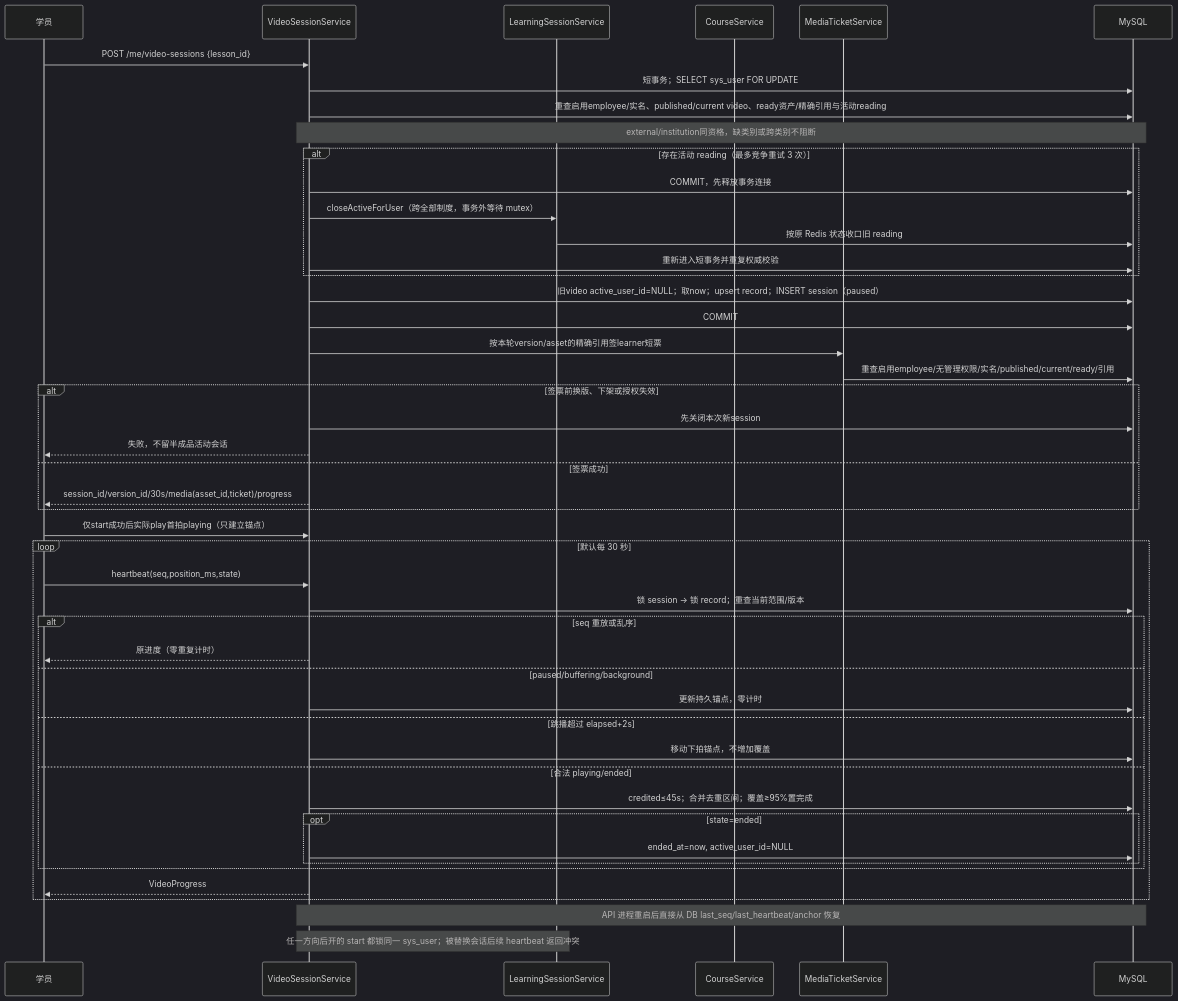
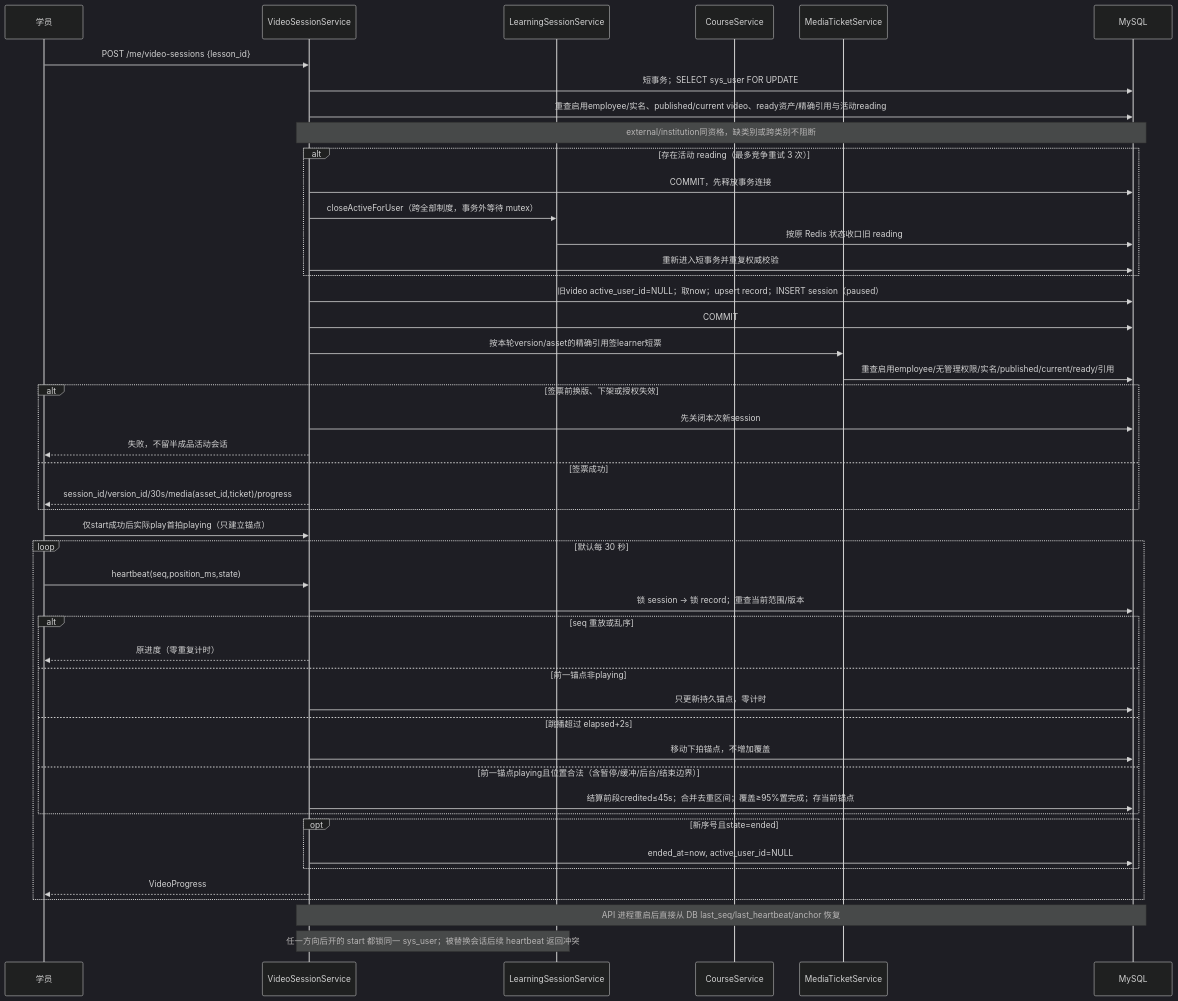
The fourth of 21 diagrams in docs/design/06-关键流程.md (caoguanjie/emodor-exam), drawn with Mermaid (dark theme) before and after one commit. The commit also changed other lines of this file and 12 other files, not shown here.

````diff
--- a/docs/design/06-关键流程.md
+++ b/docs/design/06-关键流程.md
@@ -254,52 +254,52 @@
 ```mermaid
 sequenceDiagram
     participant Learner as 学员
     participant Video as VideoSessionService
     participant Reading as LearningSessionService
     participant Course as CourseService
     participant Ticket as MediaTicketService
     participant DB as MySQL
 
     Learner->>Video: POST /me/video-sessions {lesson_id}
     Video->>DB: 短事务；SELECT sys_user FOR UPDATE
     Video->>DB: 重查启用employee/实名、published/current video、ready资产/精确引用与活动reading
     Note over Video,DB: external/institution同资格，缺类别或跨类别不阻断
     alt 存在活动 reading（最多竞争重试 3 次）
         Video->>DB: COMMIT，先释放事务连接
         Video->>Reading: closeActiveForUser（跨全部制度，事务外等待 mutex）
         Reading->>DB: 按原 Redis 状态收口旧 reading
         Video->>DB: 重新进入短事务并重复权威校验
     end
     Video->>DB: 旧video active_user_id=NULL；取now；upsert record；INSERT session（paused）
     Video->>DB: COMMIT
     Video->>Ticket: 按本轮version/asset的精确引用签learner短票
     Ticket->>DB: 重查启用employee/无管理权限/实名/published/current/ready/引用
     alt 签票前换版、下架或授权失效
         Video->>DB: 先关闭本次新session
         Video-->>Learner: 失败，不留半成品活动会话
     else 签票成功
         Video-->>Learner: session_id/version_id/30s/media(asset_id,ticket)/progress
     end
     Learner->>Video: 仅start成功后实际play首拍playing（只建立锚点）
 
     loop 默认每 30 秒
         Learner->>Video: heartbeat(seq,position_ms,state)
         Video->>DB: 锁 session → 锁 record；重查当前范围/版本
         alt seq 重放或乱序
             Video-->>Learner: 原进度（零重复计时）
-        else paused/buffering/background
-            Video->>DB: 更新持久锚点，零计时
+        else 前一锚点非playing
+            Video->>DB: 只更新持久锚点，零计时
         else 跳播超过 elapsed+2s
             Video->>DB: 移动下拍锚点，不增加覆盖
-        else 合法 playing/ended
-            Video->>DB: credited≤45s；合并去重区间；覆盖≥95%置完成
-            opt state=ended
-                Video->>DB: ended_at=now, active_user_id=NULL
-            end
+        else 前一锚点playing且位置合法（含暂停/缓冲/后台/结束边界）
+            Video->>DB: 结算前段credited≤45s；合并去重区间；覆盖≥95%置完成；存当前锚点
+        end
+        opt 新序号且state=ended
+            Video->>DB: ended_at=now, active_user_id=NULL
         end
         Video-->>Learner: VideoProgress
     end
 
     Note over Video,DB: API 进程重启后直接从 DB last_seq/last_heartbeat/anchor 恢复
     Note over Reading,Video: 任一方向后开的 start 都锁同一 sys_user；被替换会话后续 heartbeat 返回冲突
 ```
````
